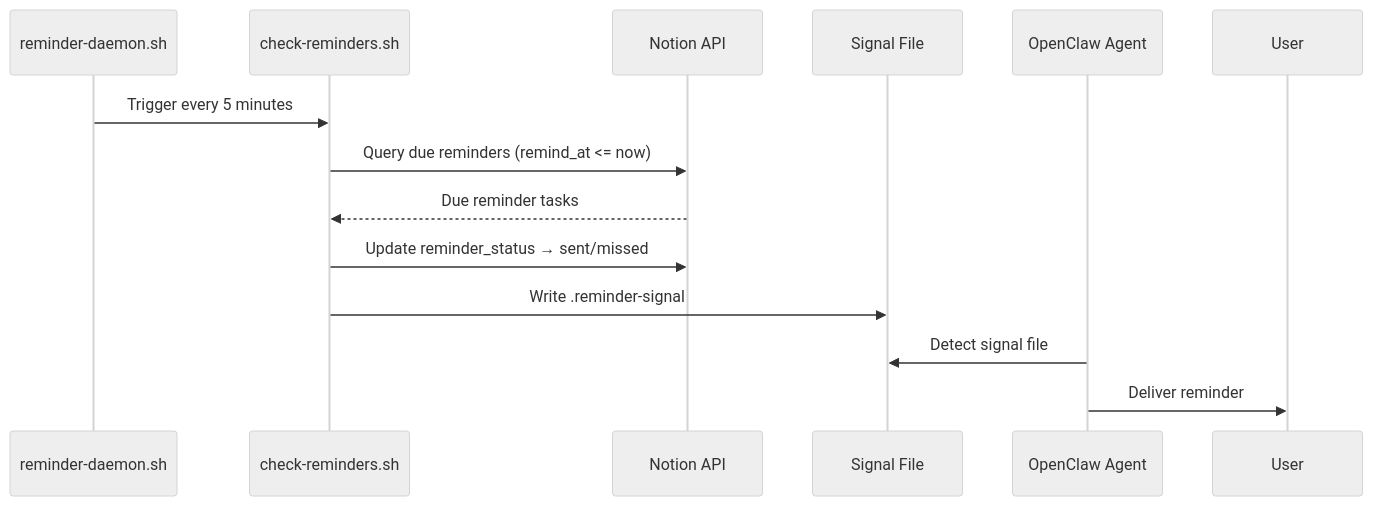
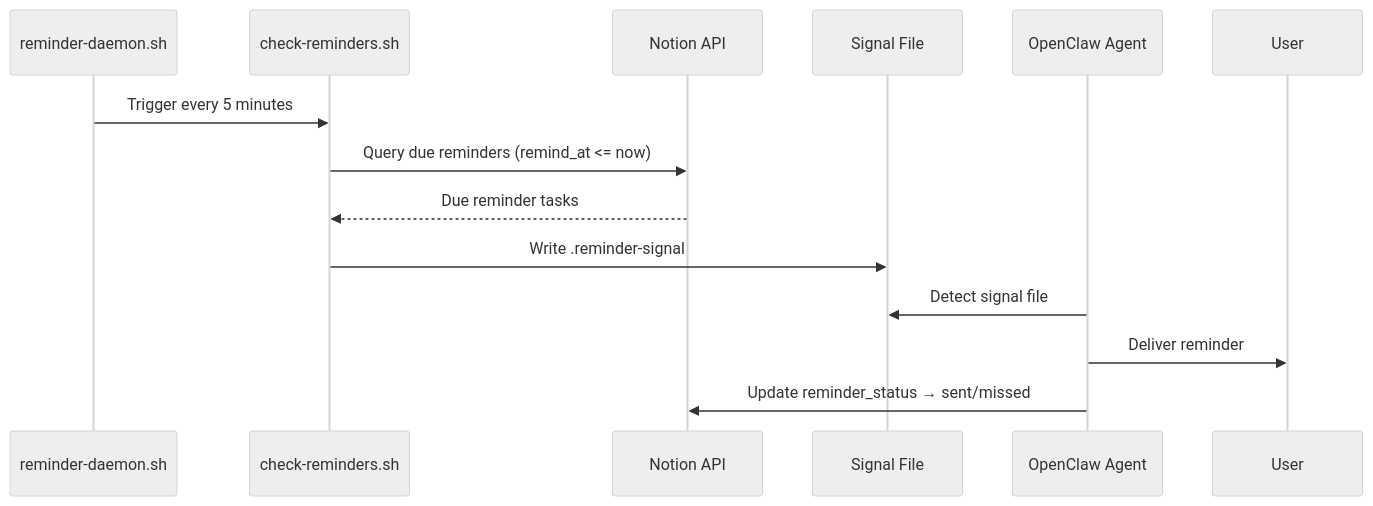
Diagram 23 of 29 in docs/user-interactions.md (NickBorgersProbably/hide-my-list), drawn with Mermaid (neutral theme) before and after one commit. The commit also changed 5 other files, not shown here.

````diff
--- a/docs/user-interactions.md
+++ b/docs/user-interactions.md
@@ -764,17 +764,17 @@
 ```mermaid
 sequenceDiagram
     participant Daemon as reminder-daemon.sh
     participant Scr as check-reminders.sh
     participant Notion as Notion API
     participant Signal as Signal File
     participant Agent as OpenClaw Agent
     participant User
 
     Daemon->>Scr: Trigger every 5 minutes
     Scr->>Notion: Query due reminders (remind_at <= now)
     Notion-->>Scr: Due reminder tasks
-    Scr->>Notion: Update reminder_status → sent/missed
     Scr->>Signal: Write .reminder-signal
     Agent->>Signal: Detect signal file
     Agent->>User: Deliver reminder
+    Agent->>Notion: Update reminder_status → sent/missed
 ```
````
